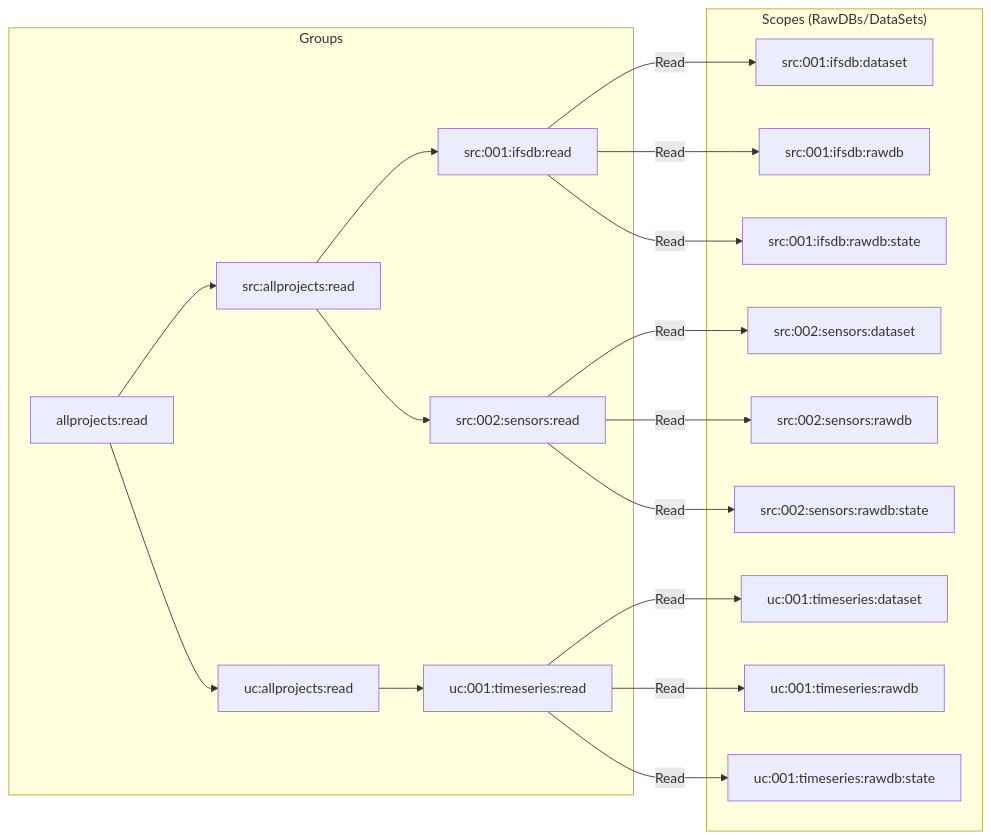
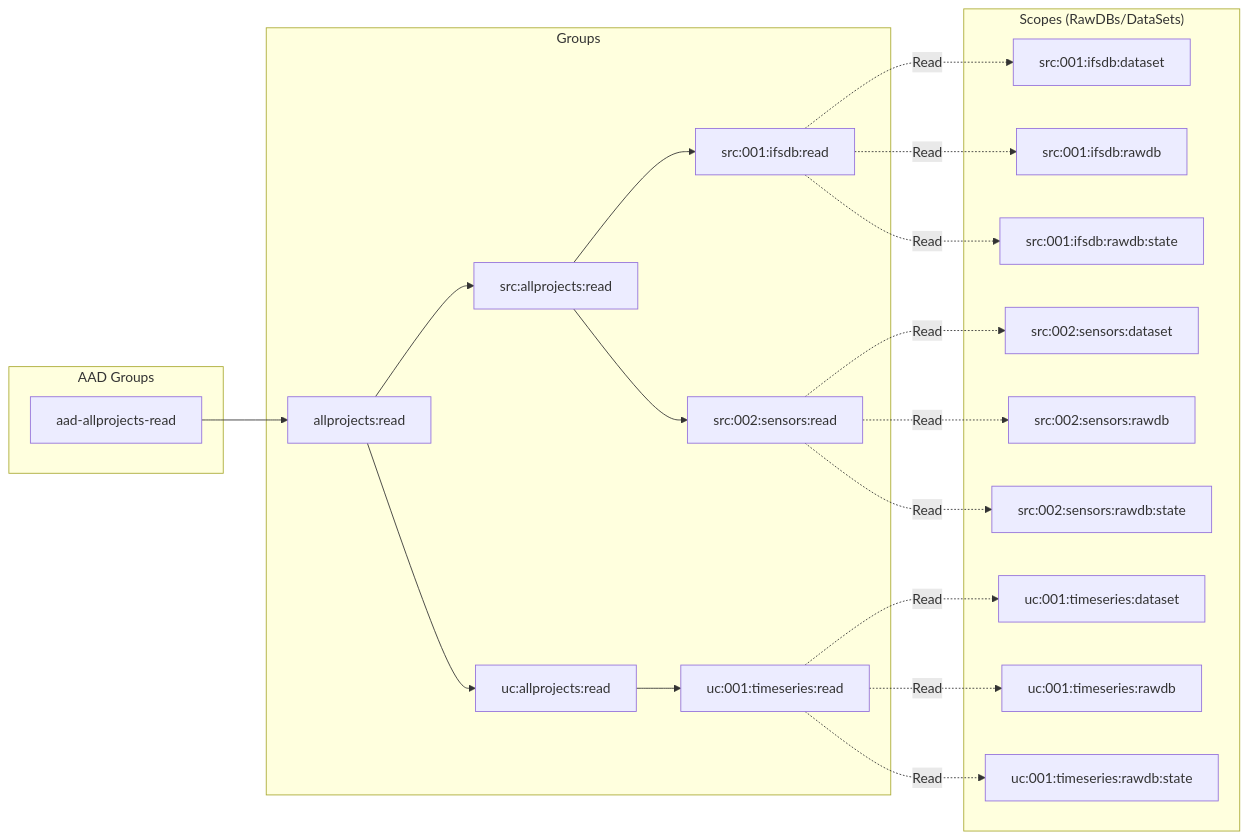
One commit to cognitedata/inso-bootstrap-cli changed the second of 2 diagrams in README.md. Above: the diagram before and after it, drawn with Mermaid. The commit also changed other lines of this file, not shown here.

Commit message:
reworked mermaid chart a bit

````diff
--- a/README.md
+++ b/README.md
@@ -136,36 +139,40 @@
 ```mermaid
   flowchart LR;
+      aad-allprojects-read --> allprojects:read
       allprojects:read     --> src:allprojects:read;
       src:allprojects:read --> src:001:ifsdb:read;
       src:allprojects:read --> src:002:sensors:read;
       allprojects:read     --> uc:allprojects:read;
       uc:allprojects:read  --> uc:001:timeseries:read;
-      src:001:ifsdb:read       --Read     --> src:001:ifsdb:dataset
-      src:001:ifsdb:read       --Read     --> src:001:ifsdb:rawdb
-      src:001:ifsdb:read       --Read     --> src:001:ifsdb:rawdb:state
-      src:002:sensors:read     --Read     --> src:002:sensors:dataset
-      src:002:sensors:read     --Read     --> src:002:sensors:rawdb
-      src:002:sensors:read     --Read     --> src:002:sensors:rawdb:state
-      uc:001:timeseries:read   --Read     --> uc:001:timeseries:dataset
-      uc:001:timeseries:read   --Read     --> uc:001:timeseries:rawdb
-      uc:001:timeseries:read   --Read     --> uc:001:timeseries:rawdb:state
+      src:001:ifsdb:read       -.->|Read| src:001:ifsdb:dataset
+      src:001:ifsdb:read       -.->|Read| src:001:ifsdb:rawdb
+      src:001:ifsdb:read       -.->|Read| src:001:ifsdb:rawdb:state
+      src:002:sensors:read     -.->|Read| src:002:sensors:dataset
+      src:002:sensors:read     -.->|Read| src:002:sensors:rawdb
+      src:002:sensors:read     -.->|Read| src:002:sensors:rawdb:state
+      uc:001:timeseries:read   -.->|Read| uc:001:timeseries:dataset
+      uc:001:timeseries:read   -.->|Read| uc:001:timeseries:rawdb
+      uc:001:timeseries:read   -.->|Read| uc:001:timeseries:rawdb:state
+    subgraph "AAD Groups"
+      aad-allprojects-read
+    end
     subgraph "Groups"
       allprojects:read
       src:allprojects:read
       uc:allprojects:read
       src:001:ifsdb:read
       src:002:sensors:read
       uc:001:timeseries:read
     end
     subgraph "Scopes (RawDBs/DataSets)"
       src:001:ifsdb:dataset
       src:001:ifsdb:rawdb
       src:001:ifsdb:rawdb:state
       src:002:sensors:dataset
       src:002:sensors:rawdb
       src:002:sensors:rawdb:state
       uc:001:timeseries:dataset
       uc:001:timeseries:rawdb
       uc:001:timeseries:rawdb:state
     end
 ```
````
